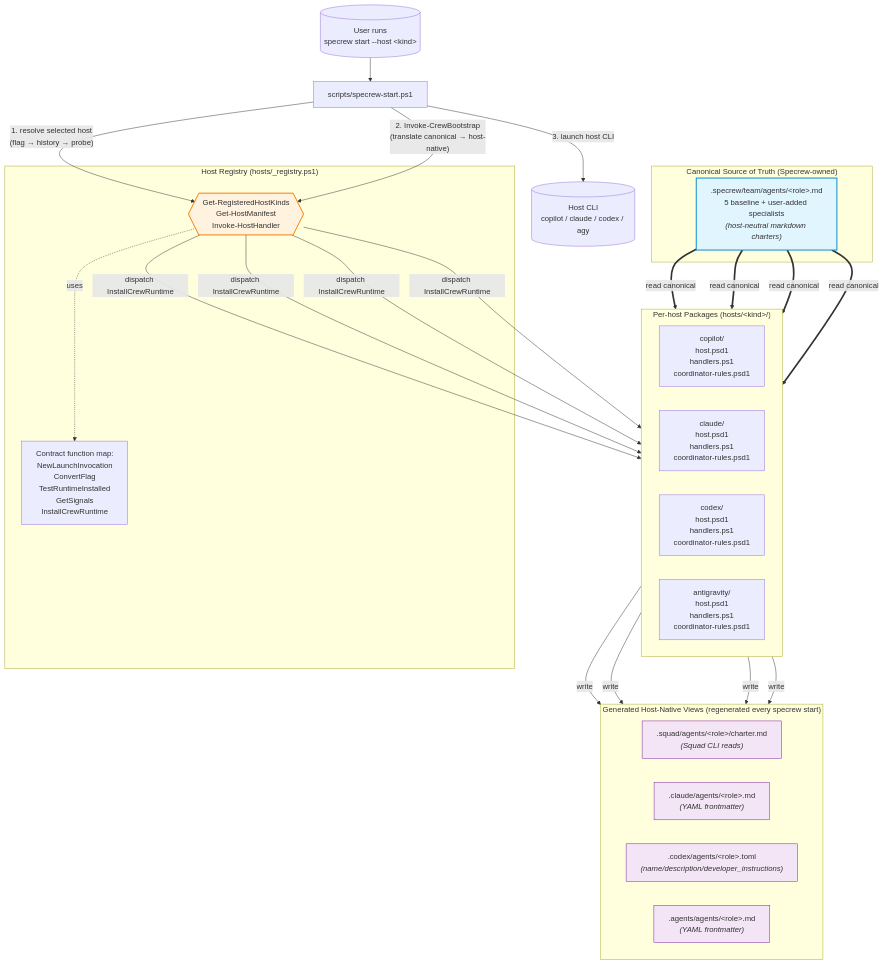
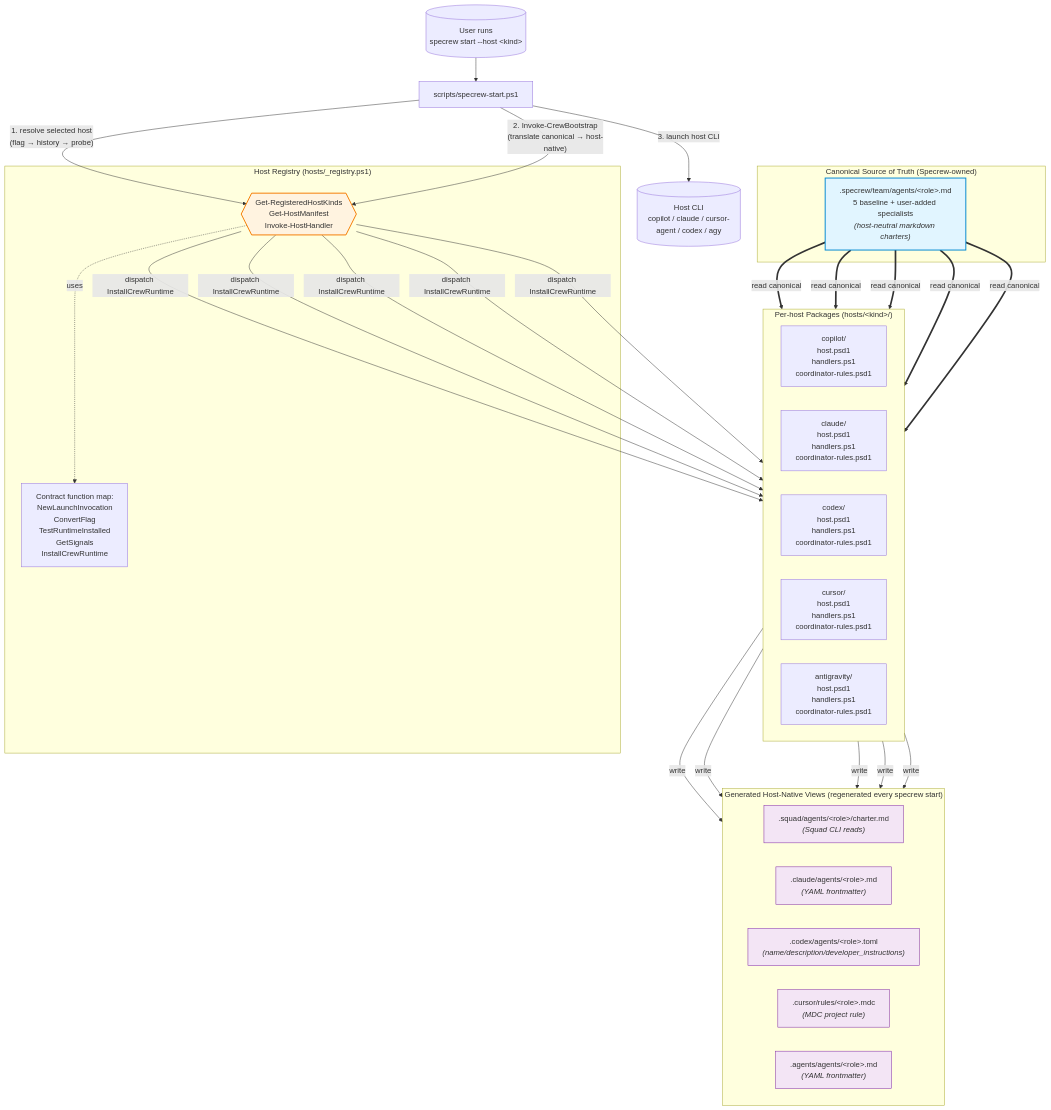
The diagram in docs/architecture/host-package-architecture.md (alonf/specrew), drawn with Mermaid before and after one commit. The commit also changed other lines of this file and 20 other files, not shown here.

````diff
--- a/docs/architecture/host-package-architecture.md
+++ b/docs/architecture/host-package-architecture.md
@@ -37,52 +38,58 @@
 ```mermaid
 flowchart TB
     subgraph "Canonical Source of Truth (Specrew-owned)"
         TEAM[".specrew/team/agents/&lt;role&gt;.md<br/>5 baseline + user-added specialists<br/><i>(host-neutral markdown charters)</i>"]
     end
 
     subgraph "Host Registry (hosts/_registry.ps1)"
         REG{{"Get-RegisteredHostKinds<br/>Get-HostManifest<br/>Invoke-HostHandler"}}
         CONTRACT["Contract function map:<br/>NewLaunchInvocation<br/>ConvertFlag<br/>TestRuntimeInstalled<br/>GetSignals<br/>InstallCrewRuntime"]
         REG -.uses.-> CONTRACT
     end
 
     subgraph "Per-host Packages (hosts/&lt;kind&gt;/)"
         direction LR
         COP["copilot/<br/>host.psd1<br/>handlers.ps1<br/>coordinator-rules.psd1"]
         CLA["claude/<br/>host.psd1<br/>handlers.ps1<br/>coordinator-rules.psd1"]
         COD["codex/<br/>host.psd1<br/>handlers.ps1<br/>coordinator-rules.psd1"]
+        CUR["cursor/<br/>host.psd1<br/>handlers.ps1<br/>coordinator-rules.psd1"]
         AGY["antigravity/<br/>host.psd1<br/>handlers.ps1<br/>coordinator-rules.psd1"]
     end
 
     subgraph "Generated Host-Native Views (regenerated every specrew start)"
         direction LR
         SQUAD[".squad/agents/&lt;role&gt;/charter.md<br/><i>(Squad CLI reads)</i>"]
         CLD_NAT[".claude/agents/&lt;role&gt;.md<br/><i>(YAML frontmatter)</i>"]
         CDX_NAT[".codex/agents/&lt;role&gt;.toml<br/><i>(name/description/developer_instructions)</i>"]
+        CUR_NAT[".cursor/rules/&lt;role&gt;.mdc<br/><i>(MDC project rule)</i>"]
         AGY_NAT[".agents/agents/&lt;role&gt;.md<br/><i>(YAML frontmatter)</i>"]
     end
 
     USER[("User runs<br/>specrew start --host &lt;kind&gt;")] --> START
     START["scripts/specrew-start.ps1"] -->|"1. resolve selected host<br/>(flag → history → probe)"| REG
     START -->|"2. Invoke-CrewBootstrap<br/>(translate canonical → host-native)"| REG
     REG -->|"dispatch InstallCrewRuntime"| COP
     REG -->|"dispatch InstallCrewRuntime"| CLA
     REG -->|"dispatch InstallCrewRuntime"| COD
+    REG -->|"dispatch InstallCrewRuntime"| CUR
     REG -->|"dispatch InstallCrewRuntime"| AGY
     TEAM ==>|"read canonical"| COP
     TEAM ==>|"read canonical"| CLA
     TEAM ==>|"read canonical"| COD
+    TEAM ==>|"read canonical"| CUR
     TEAM ==>|"read canonical"| AGY
     COP -->|"write"| SQUAD
     CLA -->|"write"| CLD_NAT
     COD -->|"write"| CDX_NAT
+    CUR -->|"write"| CUR_NAT
     AGY -->|"write"| AGY_NAT
-    START -->|"3. launch host CLI"| LAUNCH[("Host CLI<br/>copilot / claude / codex / agy")]
+    START -->|"3. launch host CLI"| LAUNCH[("Host CLI<br/>copilot / claude / cursor-agent / codex / agy")]
 
     style TEAM fill:#e1f5ff,stroke:#0288d1,stroke-width:2px
     style REG fill:#fff3e0,stroke:#f57c00,stroke-width:2px
     style SQUAD fill:#f3e5f5,stroke:#7b1fa2
     style CLD_NAT fill:#f3e5f5,stroke:#7b1fa2
     style CDX_NAT fill:#f3e5f5,stroke:#7b1fa2
+    style CUR_NAT fill:#f3e5f5,stroke:#7b1fa2
     style AGY_NAT fill:#f3e5f5,stroke:#7b1fa2
 ```
````
